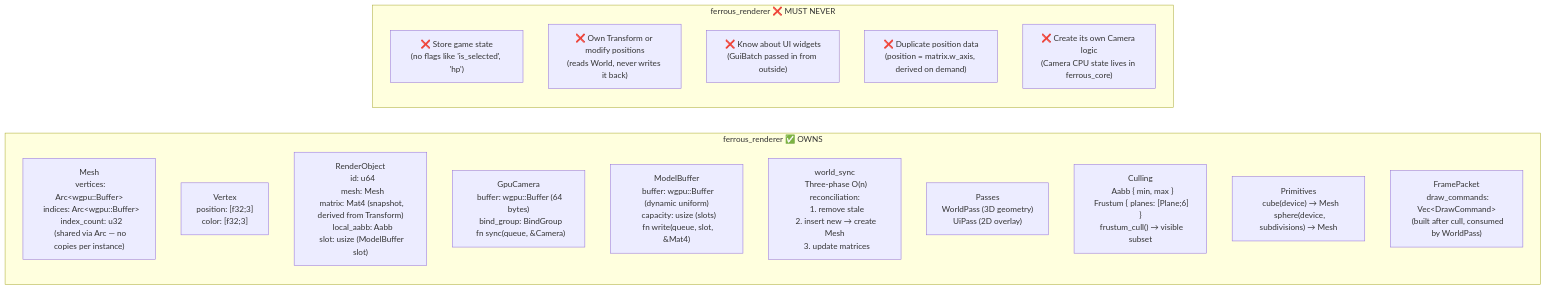
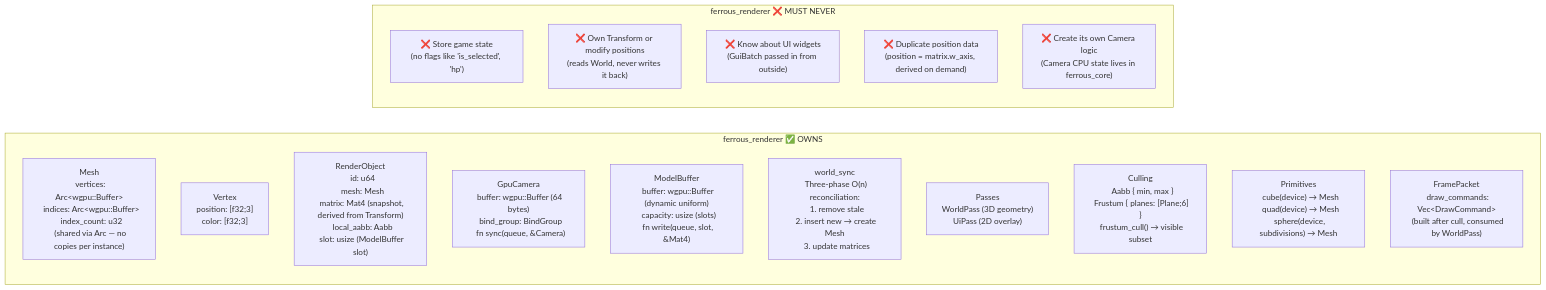
Before and after one commit to jvchiappini/FerrousEngine: the second of 7 diagrams in flowmaps/crate-responsibilities.md, drawn with Mermaid. The commit also changed other lines of this file and 18 other files, not shown here.

````diff
--- a/flowmaps/crate-responsibilities.md
+++ b/flowmaps/crate-responsibilities.md
@@ -36,23 +36,23 @@
 ```mermaid
 graph LR
     subgraph "ferrous_renderer  ✅ OWNS"
         R1["Mesh\n  vertices: Arc&lt;wgpu::Buffer&gt;\n  indices: Arc&lt;wgpu::Buffer&gt;\n  index_count: u32\n  (shared via Arc — no copies per instance)"]
         R2["Vertex\n  position: [f32;3]\n  color: [f32;3]"]
         R3["RenderObject\n  id: u64\n  mesh: Mesh\n  matrix: Mat4 (snapshot, derived from Transform)\n  local_aabb: Aabb\n  slot: usize (ModelBuffer slot)"]
         R4["GpuCamera\n  buffer: wgpu::Buffer (64 bytes)\n  bind_group: BindGroup\n  fn sync(queue, &Camera)"]
         R5["ModelBuffer\n  buffer: wgpu::Buffer (dynamic uniform)\n  capacity: usize (slots)\n  fn write(queue, slot, &Mat4)"]
         R6["world_sync\n  Three-phase O(n) reconciliation:\n  1. remove stale\n  2. insert new → create Mesh\n  3. update matrices"]
         R7["Passes\n  WorldPass (3D geometry)\n  UiPass (2D overlay)"]
         R8["Culling\n  Aabb { min, max }\n  Frustum { planes: [Plane;6] }\n  frustum_cull() → visible subset"]
-        R9["Primitives\n  cube(device) → Mesh\n  sphere(device, subdivisions) → Mesh"]
+        R9["Primitives\n  cube(device) → Mesh\n  quad(device) → Mesh\n  sphere(device, subdivisions) → Mesh"]
         R10["FramePacket\n  draw_commands: Vec&lt;DrawCommand&gt;\n  (built after cull, consumed by WorldPass)"]
     end
 
     subgraph "ferrous_renderer  ❌ MUST NEVER"
         Y1["❌ Store game state\n(no flags like 'is_selected', 'hp')"]
         Y2["❌ Own Transform or modify positions\n(reads World, never writes it back)"]
         Y3["❌ Know about UI widgets\n(GuiBatch passed in from outside)"]
         Y4["❌ Duplicate position data\n(position = matrix.w_axis, derived on demand)"]
         Y5["❌ Create its own Camera logic\n(Camera CPU state lives in ferrous_core)"]
     end
 ```
````
